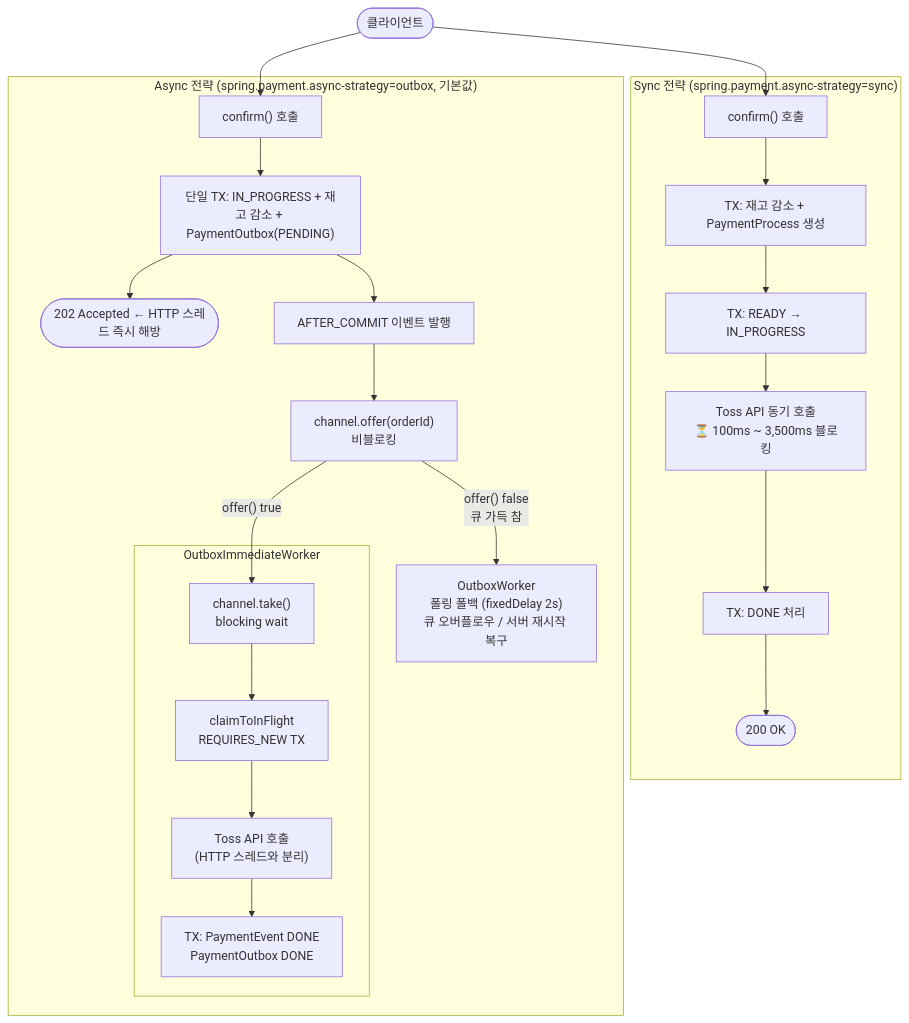
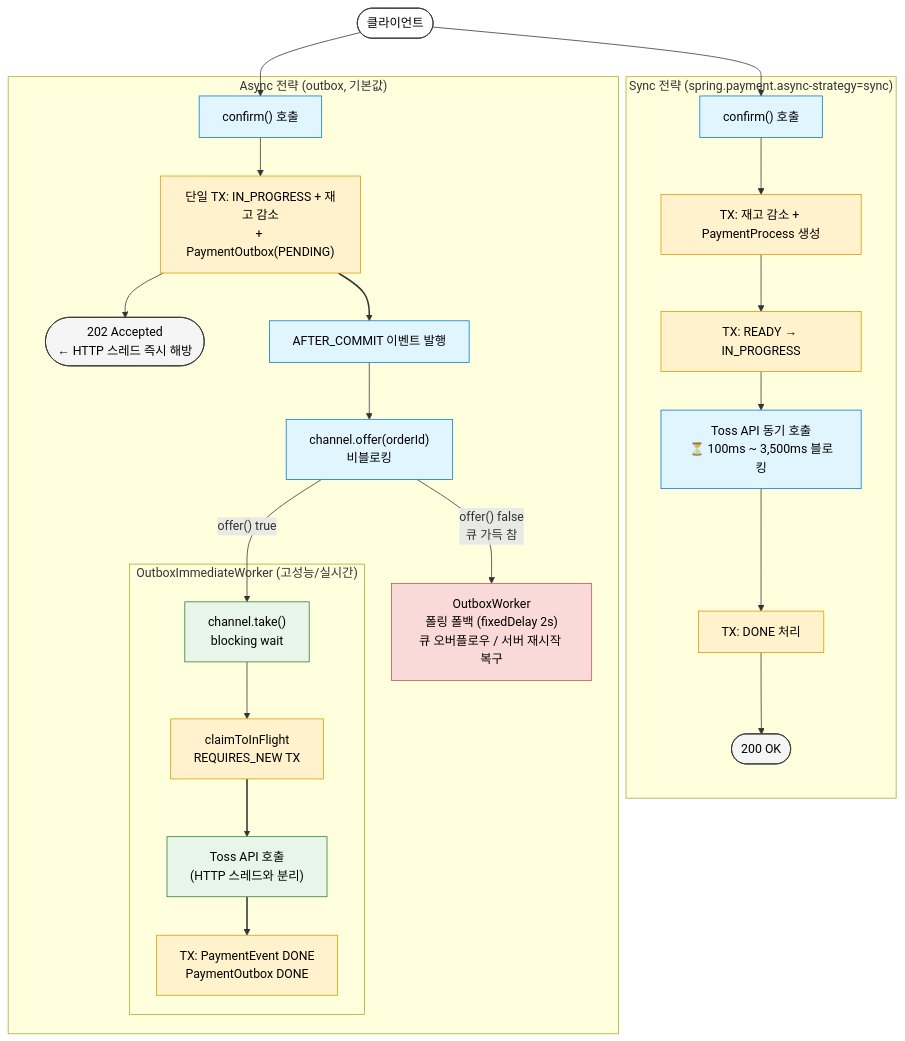
The first of 6 diagrams in README.md (hyoguoo/payment-platform), drawn with Mermaid before and after one commit. The commit also changed other lines of this file, not shown here.

Commit message:
docs: 일부 사진 mermaid로 변경 및 소개 문장 수정

````diff
--- a/README.md
+++ b/README.md
@@ -26,39 +26,48 @@
 ```mermaid
 flowchart TD
-    Client(["클라이언트"])
+%% 클래스 정의 (가독성 및 역할 구분)
+    classDef client fill: #FFFFFF, stroke: #333, color: #000
+    classDef process fill: #E1F5FF, stroke: #0078D4, color: #000
+    classDef tx fill: #FFF2CC, stroke: #D79B00, color: #000
+    classDef worker fill: #E8F5E9, stroke: #2E7D32, color: #000
+    classDef fallback fill: #FADAD8, stroke: #B85450, color: #000
+    classDef response fill: #F5F5F5, stroke: #333, color: #000
+    Client(["클라이언트"]):::client
 
     subgraph Sync["Sync 전략 (spring.payment.async-strategy=sync)"]
-        S1["confirm() 호출"]
-        S2["TX: 재고 감소 + PaymentProcess 생성"]
-        S3["TX: READY → IN_PROGRESS"]
-        S4["Toss API 동기 호출\n⏳ 100ms ~ 3,500ms 블로킹"]
-        S5["TX: DONE 처리"]
-        S6(["200 OK"])
+        S1["confirm() 호출"]:::process
+        S2["TX: 재고 감소 + PaymentProcess 생성"]:::tx
+        S3["TX: READY → IN_PROGRESS"]:::tx
+        S4["Toss API 동기 호출\n⏳ 100ms ~ 3,500ms 블로킹"]:::process
+        S5["TX: DONE 처리"]:::tx
+        S6(["200 OK"]):::response
         S1 --> S2 --> S3 --> S4 --> S5 --> S6
     end
 
-    subgraph Outbox["Async 전략 (spring.payment.async-strategy=outbox, 기본값)"]
-        O1["confirm() 호출"]
-        O2["단일 TX: IN_PROGRESS + 재고 감소 + PaymentOutbox(PENDING)"]
-        O3(["202 Accepted ← HTTP 스레드 즉시 해방"])
-        O4["AFTER_COMMIT 이벤트 발행"]
-        O5["channel.offer(orderId)\n비블로킹"]
+    subgraph Outbox["Async 전략 (outbox, 기본값)"]
+        O1["confirm() 호출"]:::process
+        O2["단일 TX: IN_PROGRESS + 재고 감소\n+ PaymentOutbox(PENDING)"]:::tx
+        O3(["202 Accepted\n← HTTP 스레드 즉시 해방"]):::response
+        O4["AFTER_COMMIT 이벤트 발행"]:::process
+        O5["channel.offer(orderId)\n비블로킹"]:::process
 
-        subgraph Workers["OutboxImmediateWorker"]
-            W1["channel.take()\nblocking wait"]
-            W2["claimToInFlight\nREQUIRES_NEW TX"]
-            W3["Toss API 호출\n(HTTP 스레드와 분리)"]
-            W4["TX: PaymentEvent DONE\nPaymentOutbox DONE"]
+        subgraph Workers["OutboxImmediateWorker (고성능/실시간)"]
+            W1["channel.take()\nblocking wait"]:::worker
+            W2["claimToInFlight\nREQUIRES_NEW TX"]:::tx
+            W3["Toss API 호출\n(HTTP 스레드와 분리)"]:::worker
+            W4["TX: PaymentEvent DONE\nPaymentOutbox DONE"]:::tx
         end
 
-        OFB["OutboxWorker\n폴링 폴백 (fixedDelay 2s)\n큐 오버플로우 / 서버 재시작 복구"]
+        OFB["OutboxWorker\n폴링 폴백 (fixedDelay 2s)\n큐 오버플로우 / 서버 재시작 복구"]:::fallback
         O1 --> O2 --> O3
         O2 --> O4 --> O5
         O5 -->|" offer() true "| W1
         O5 -->|" offer() false\n큐 가득 참 "| OFB
         W1 --> W2 --> W3 --> W4
     end
 
     Client --> S1
     Client --> O1
+%% 스타일 보정 (연결선 가독성)
+    linkStyle 7,12,13 stroke: #333, stroke-width: 2px, color: #000
 ```
````
